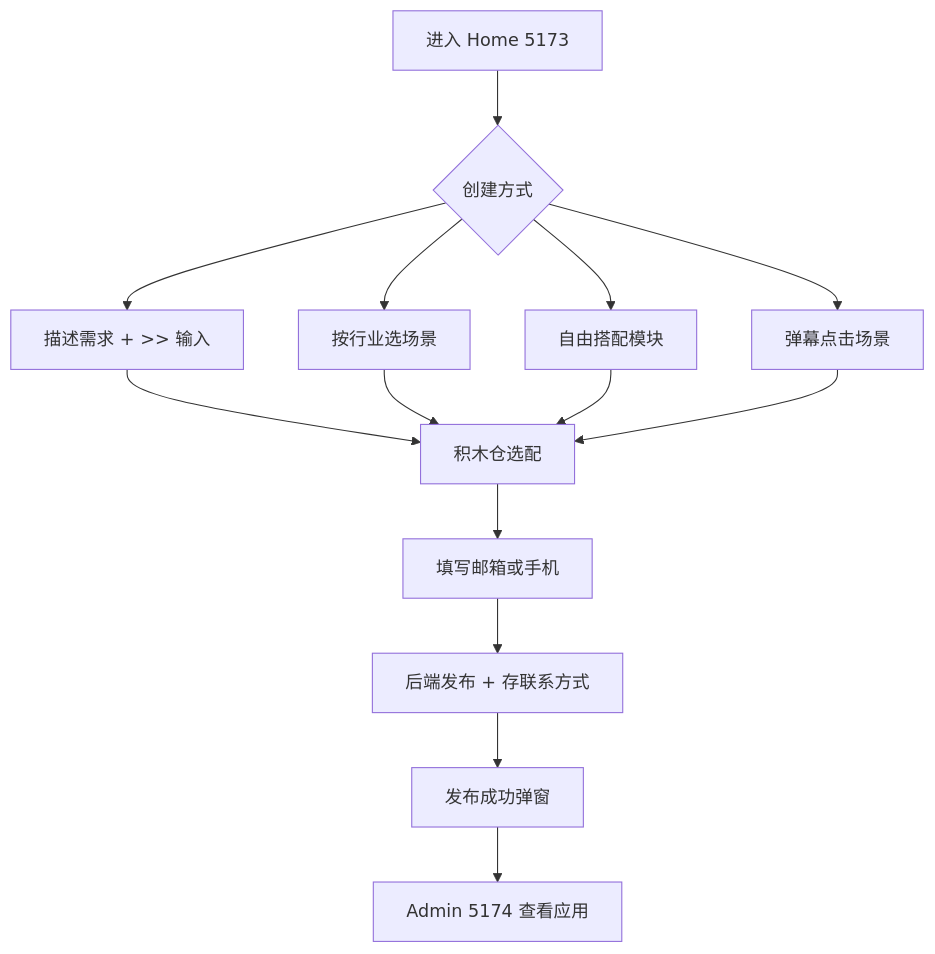
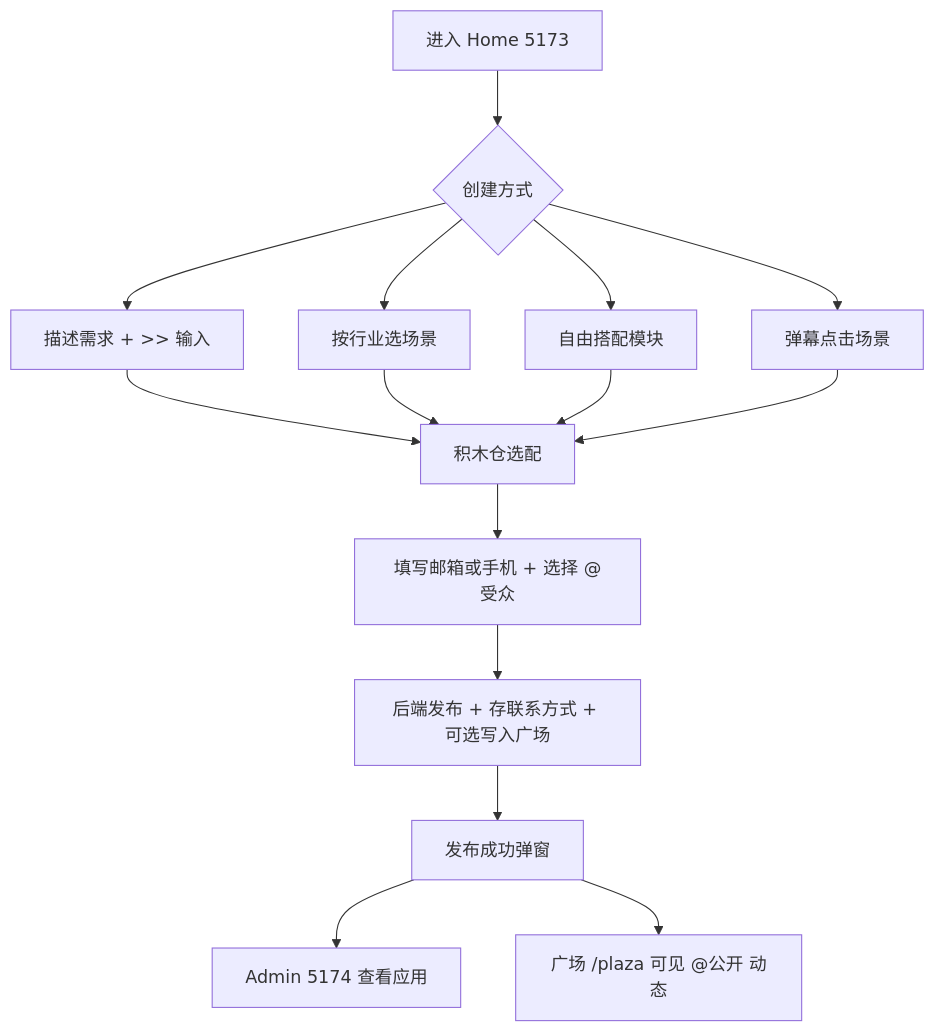
Before and after one commit to mashevictor/blockhub_ljh: the diagram in docs/功能清单与排期-v0.2.md, drawn with Mermaid. The commit also changed other lines of this file and 10 other files, not shown here.

````diff
--- a/docs/功能清单与排期-v0.2.md
+++ b/docs/功能清单与排期-v0.2.md
@@ -131,16 +134,17 @@
 ```mermaid
 flowchart TD
   A[进入 Home 5173] --> B{创建方式}
   B --> C[描述需求 + >> 输入]
   B --> D[按行业选场景]
   B --> E[自由搭配模块]
   B --> F[弹幕点击场景]
   C --> G[积木仓选配]
   D --> G
   E --> G
   F --> G
-  G --> H[填写邮箱或手机]
-  H --> I[后端发布 + 存联系方式]
+  G --> H[填写邮箱或手机 + 选择 @受众]
+  H --> I[后端发布 + 存联系方式 + 可选写入广场]
   I --> J[发布成功弹窗]
   J --> K[Admin 5174 查看应用]
+  J --> L[广场 /plaza 可见 @公开 动态]
 ```
````
